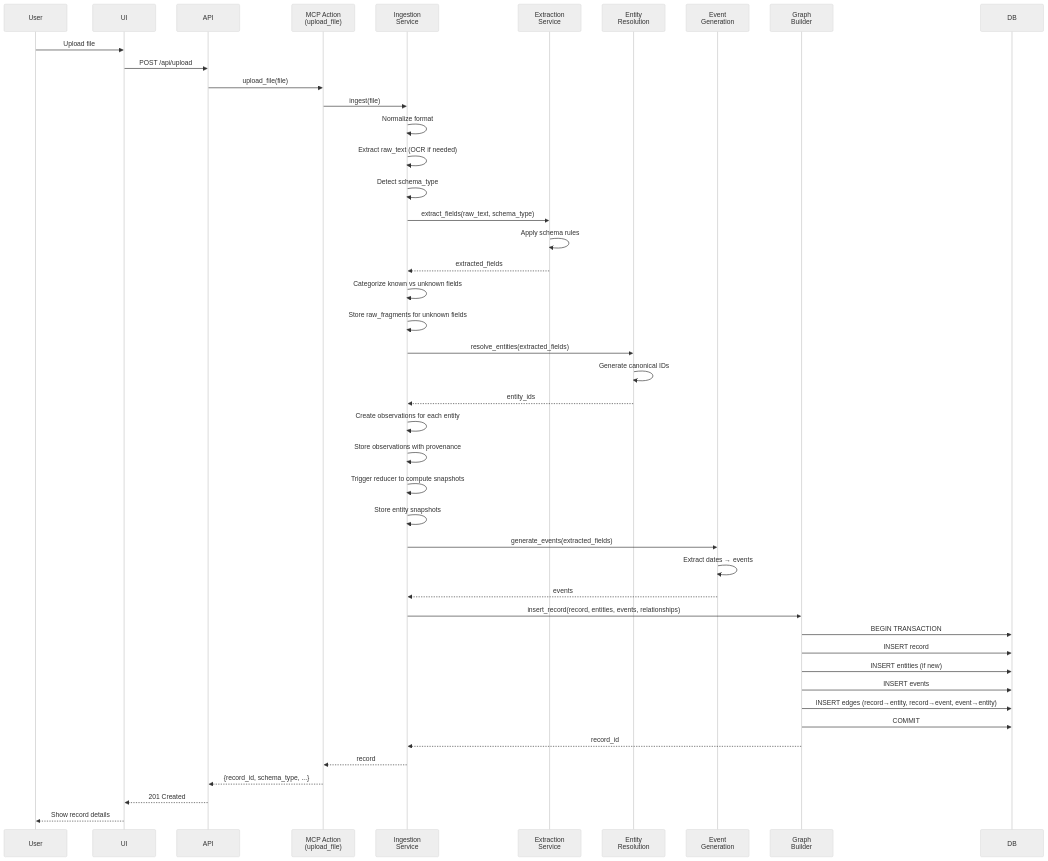
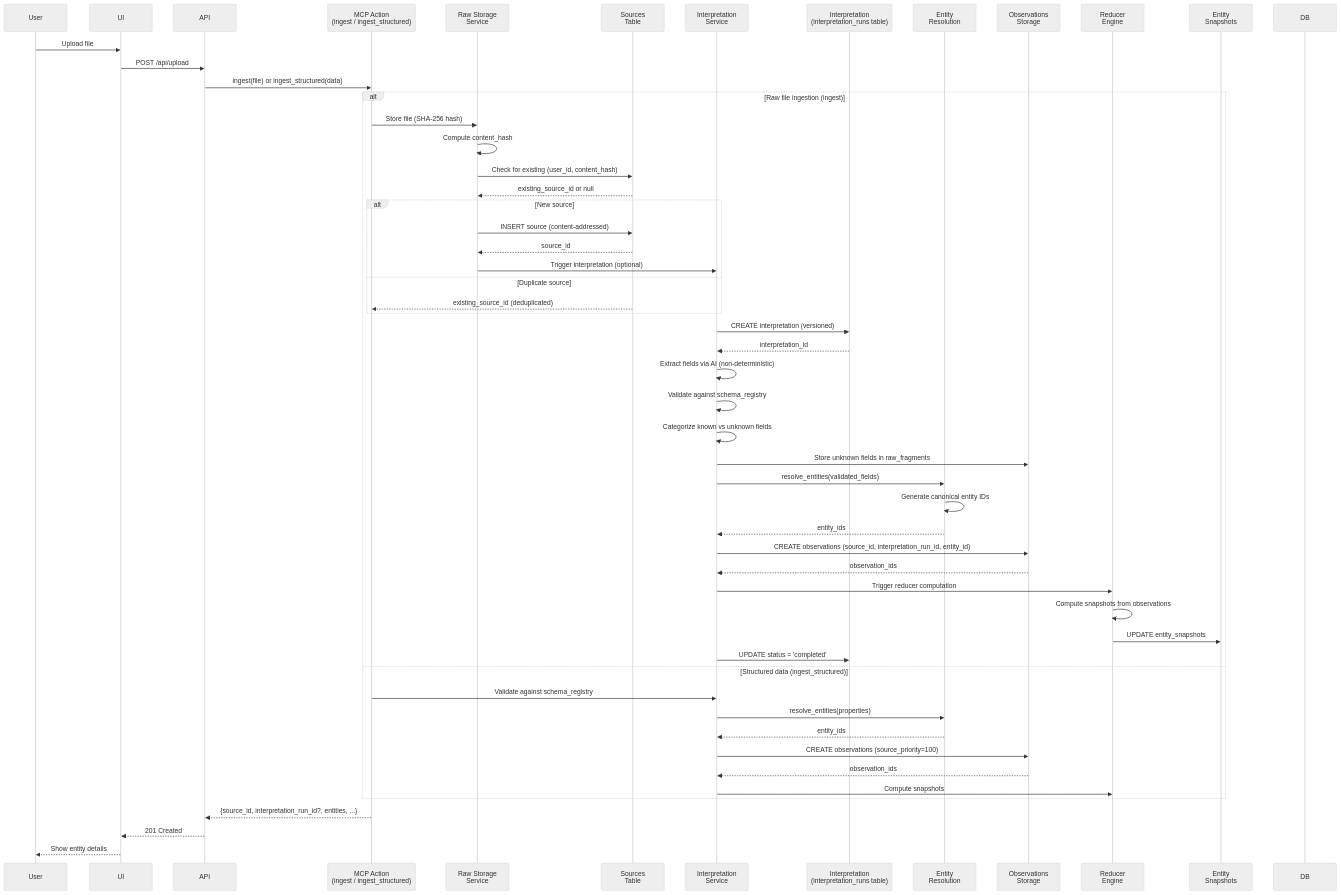
The fourth of 7 diagrams in docs/architecture/architecture.md (markmhendrickson/neotoma), drawn with Mermaid before and after one commit. The commit also changed other lines of this file and 66 other files, not shown here.

````diff
--- a/docs/architecture/architecture.md
+++ b/docs/architecture/architecture.md
@@ -553,57 +634,68 @@
 ```mermaid
 %%{init: {'theme':'neutral'}}%%
 sequenceDiagram
     participant User
     participant UI
     participant API
-    participant MCP_Action as MCP Action<br/>(upload_file)
-    participant Ingestion as Ingestion<br/>Service
-    participant Extraction as Extraction<br/>Service
+    participant MCP_Action as MCP Action<br/>(ingest / ingest_structured)
+    participant Storage as Raw Storage<br/>Service
+    participant Sources as Sources<br/>Table
+    participant Interp as Interpretation<br/>Service
+    participant InterpRun as Interpretation<br/>(interpretation_runs table)
     participant EntityRes as Entity<br/>Resolution
-    participant EventGen as Event<br/>Generation
-    participant Graph as Graph<br/>Builder
+    participant Observations as Observations<br/>Storage
+    participant Reducer as Reducer<br/>Engine
+    participant Snapshots as Entity<br/>Snapshots
     participant DB
 
     User->>UI: Upload file
     UI->>API: POST /api/upload
-    API->>MCP_Action: upload_file(file)
+    API->>MCP_Action: ingest(file) or ingest_structured(data)
 
-    MCP_Action->>Ingestion: ingest(file)
-    Ingestion->>Ingestion: Normalize format
-    Ingestion->>Ingestion: Extract raw_text (OCR if needed)
-    Ingestion->>Ingestion: Detect schema_type
+    alt Raw file ingestion (ingest)
+        MCP_Action->>Storage: Store file (SHA-256 hash)
+        Storage->>Storage: Compute content_hash
+        Storage->>Sources: Check for existing (user_id, content_hash)
+        Sources-->>Storage: existing_source_id or null
 
-    Ingestion->>Extraction: extract_fields(raw_text, schema_type)
-    Extraction->>Extraction: Apply schema rules
-    Extraction-->>Ingestion: extracted_fields
+        alt New source
+            Storage->>Sources: INSERT source (content-addressed)
+            Sources-->>Storage: source_id
+            Storage->>Interp: Trigger interpretation (optional)
+        else Duplicate source
+            Sources-->>MCP_Action: existing_source_id (deduplicated)
+        end
 
-    Ingestion->>Ingestion: Categorize known vs unknown fields
-    Ingestion->>Ingestion: Store raw_fragments for unknown fields
+        Interp->>InterpRun: CREATE interpretation (versioned)
+        InterpRun-->>Interp: interpretation_id
 
-    Ingestion->>EntityRes: resolve_entities(extracted_fields)
-    EntityRes->>EntityRes: Generate canonical IDs
-    EntityRes-->>Ingestion: entity_ids
+        Interp->>Interp: Extract fields via AI (non-deterministic)
+        Interp->>Interp: Validate against schema_registry
+        Interp->>Interp: Categorize known vs unknown fields
 
-    Ingestion->>Ingestion: Create observations for each entity
-    Ingestion->>Ingestion: Store observations with provenance
-    Ingestion->>Ingestion: Trigger reducer to compute snapshots
-    Ingestion->>Ingestion: Store entity snapshots
+        Interp->>Observations: Store unknown fields in raw_fragments
+        Interp->>EntityRes: resolve_entities(validated_fields)
+        EntityRes->>EntityRes: Generate canonical entity IDs
+        EntityRes-->>Interp: entity_ids
 
-    Ingestion->>EventGen: generate_events(extracted_fields)
-    EventGen->>EventGen: Extract dates → events
-    EventGen-->>Ingestion: events
+        Interp->>Observations: CREATE observations (source_id, interpretation_run_id, entity_id)
+        Observations-->>Interp: observation_ids
 
-    Ingestion->>Graph: insert_record(record, entities, events, relationships)
-    Graph->>DB: BEGIN TRANSACTION
-    Graph->>DB: INSERT record
-    Graph->>DB: INSERT entities (if new)
-    Graph->>DB: INSERT events
-    Graph->>DB: INSERT edges (record→entity, record→event, event→entity)
-    Graph->>DB: COMMIT
-    Graph-->>Ingestion: record_id
+        Interp->>Reducer: Trigger reducer computation
+        Reducer->>Reducer: Compute snapshots from observations
+        Reducer->>Snapshots: UPDATE entity_snapshots
 
-    Ingestion-->>MCP_Action: record
-    MCP_Action-->>API: {record_id, schema_type, ...}
+        Interp->>InterpRun: UPDATE status = 'completed'
+    else Structured data (ingest_structured)
+        MCP_Action->>Interp: Validate against schema_registry
+        Interp->>EntityRes: resolve_entities(properties)
+        EntityRes-->>Interp: entity_ids
+        Interp->>Observations: CREATE observations (source_priority=100)
+        Observations-->>Interp: observation_ids
+        Interp->>Reducer: Compute snapshots
+    end
+
+    MCP_Action-->>API: {source_id, interpretation_run_id?, entities, ...}
     API-->>UI: 201 Created
-    UI-->>User: Show record details
+    UI-->>User: Show entity details
 ```
````
